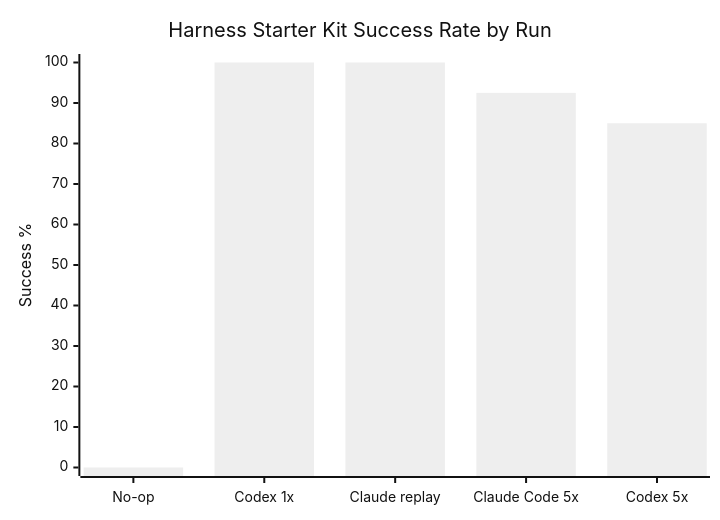
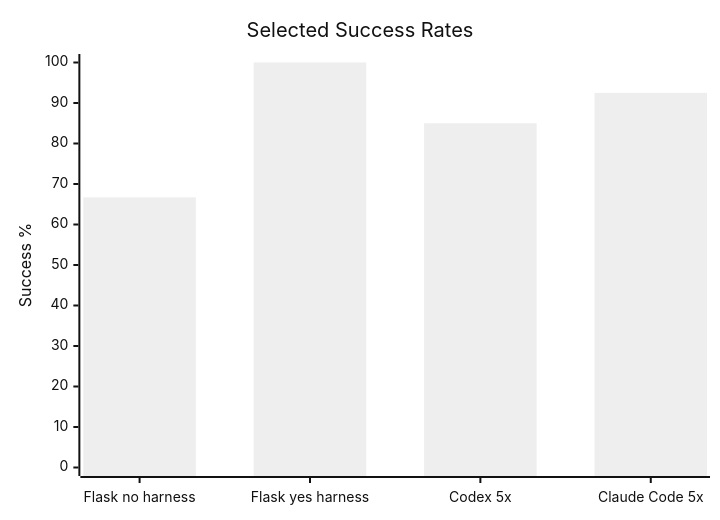
One commit to harnessworks/harness-agent-benchmark-runner changed the diagram in README.md. Above: the diagram before and after it, drawn with Mermaid (neutral theme). The commit also changed other lines of this file, not shown here.

````diff
--- a/README.md
+++ b/README.md
@@ -49,7 +45,7 @@
 ```mermaid
 xychart-beta
-    title "Harness Starter Kit Success Rate by Run"
-    x-axis ["No-op", "Codex 1x", "Claude replay", "Claude Code 5x", "Codex 5x"]
+    title "Selected Success Rates"
+    x-axis ["Flask no harness", "Flask yes harness", "Codex 5x", "Claude Code 5x"]
     y-axis "Success %" 0 --> 100
-    bar [0, 100, 100, 92.5, 85]
+    bar [66.7, 100, 85, 92.5]
 ```
````
